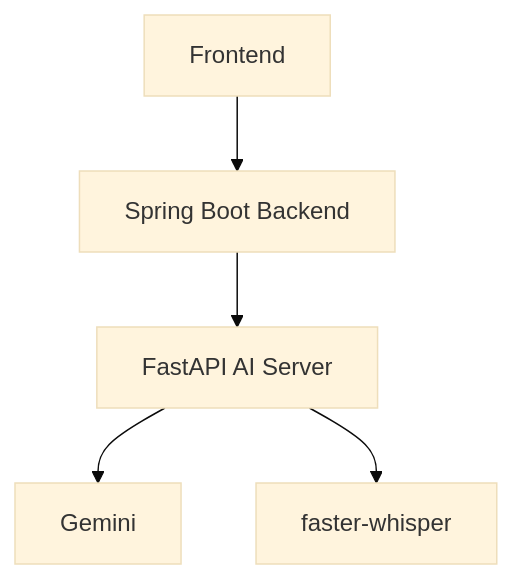
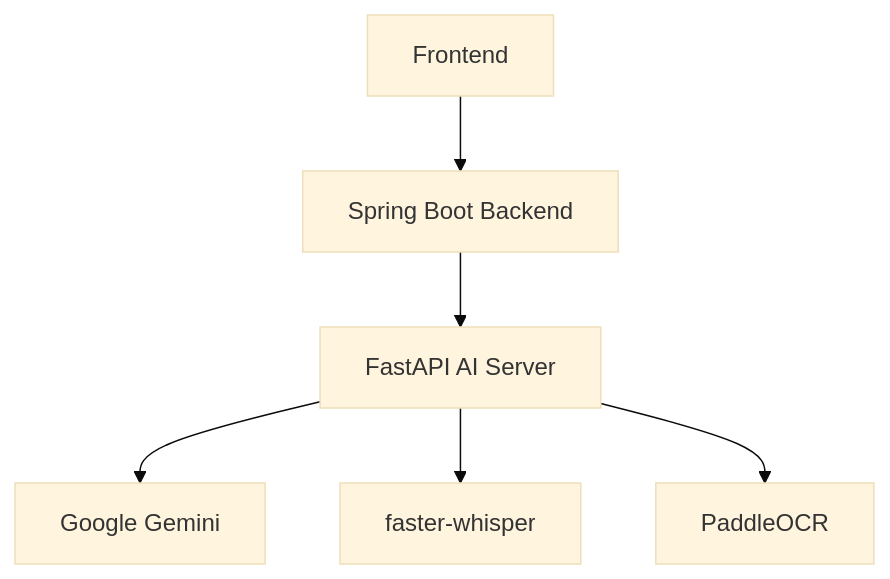
Before and after one commit to krumichan/CatPjt-TranslaCat-ai: the first of 2 diagrams in Readme.md, drawn with Mermaid (base theme). The commit also changed other lines of this file, not shown here.

````diff
--- a/Readme.md
+++ b/Readme.md
@@ -37,7 +40,8 @@
 ```mermaid
 flowchart TD
     FE[Frontend] --> BE[Spring Boot Backend]
     BE --> AI[FastAPI AI Server]
-    AI --> GEM[Gemini]
+    AI --> GEM[Google Gemini]
     AI --> WHISPER[faster-whisper]
+    AI --> OCR[PaddleOCR]
 ```
````
